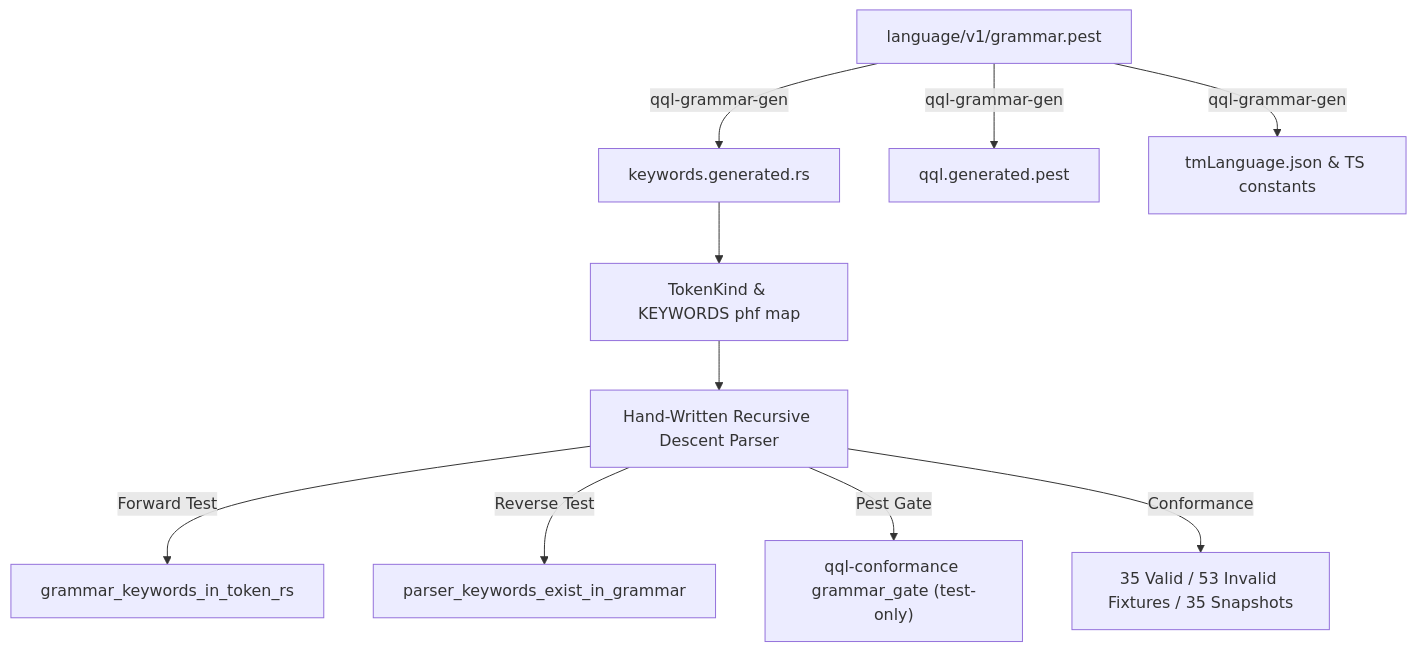
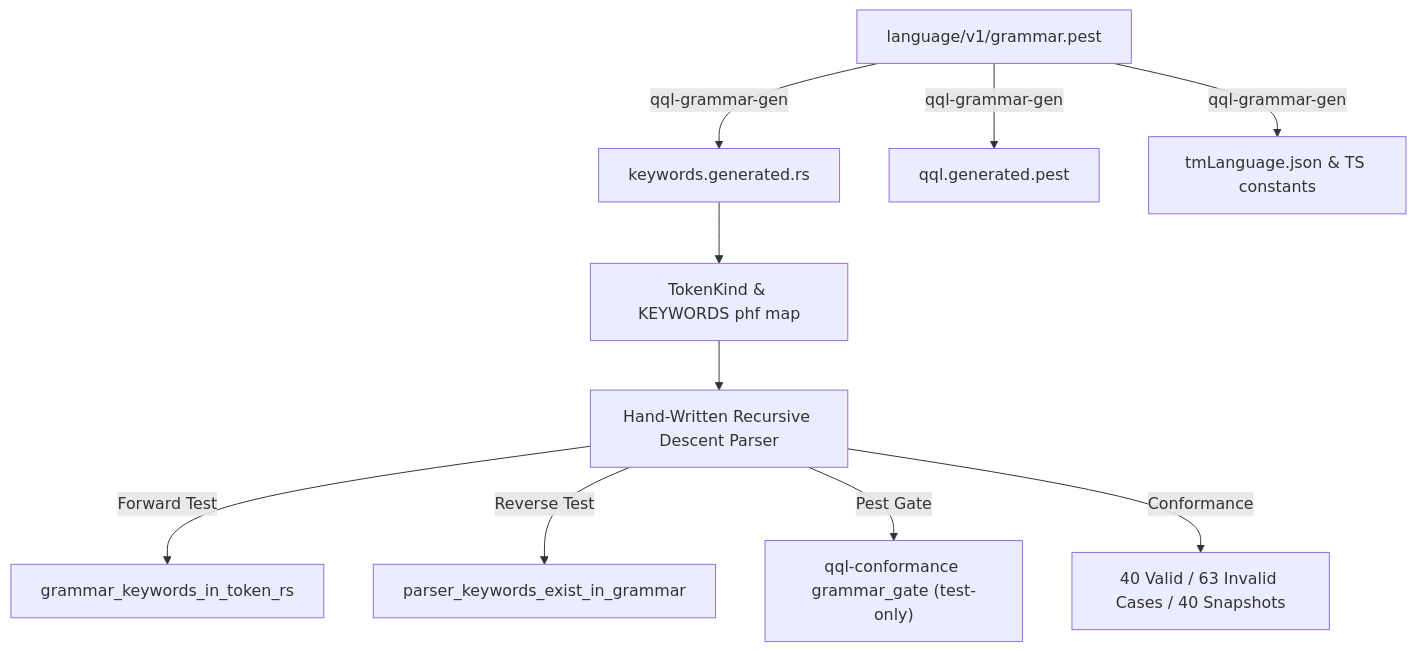
The diagram in docs/parser_generation_design.md (srimon12/qql-rs), drawn with Mermaid before and after one commit. The commit also changed other lines of this file and 9 other files, not shown here.

````diff
--- a/docs/parser_generation_design.md
+++ b/docs/parser_generation_design.md
@@ -91,14 +91,14 @@
 ```mermaid
 flowchart TD
     A["language/v1/grammar.pest"] -->|qql-grammar-gen| B["keywords.generated.rs"]
     A -->|qql-grammar-gen| C["qql.generated.pest"]
     A -->|qql-grammar-gen| D["tmLanguage.json & TS constants"]
     
     B --> E["TokenKind & KEYWORDS phf map"]
     E --> F["Hand-Written Recursive Descent Parser"]
     
     F -->|Forward Test| G["grammar_keywords_in_token_rs"]
     F -->|Reverse Test| H["parser_keywords_exist_in_grammar"]
     F -->|Pest Gate| I["qql-conformance grammar_gate (test-only)"]
-    F -->|Conformance| J["35 Valid / 53 Invalid Fixtures / 35 Snapshots"]
+    F -->|Conformance| J["40 Valid / 63 Invalid Cases / 40 Snapshots"]
 ```
````
